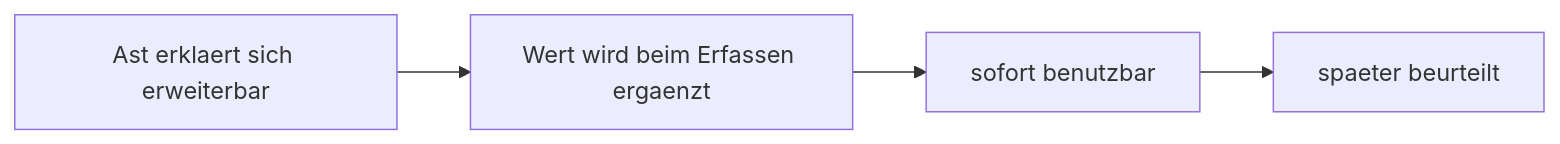
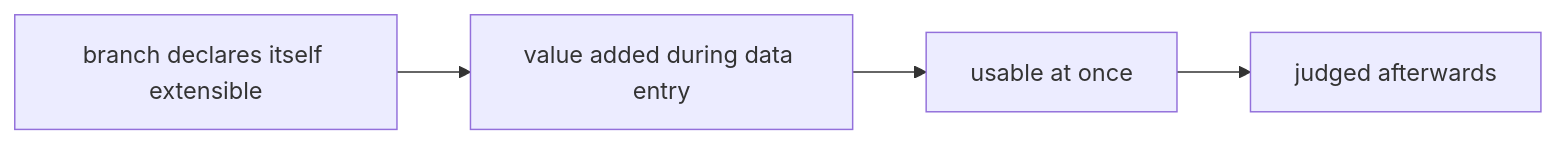
One commit to sfambach/wp-taxonomy-modeler changed diagram 41 of 50 in docs/NewConcept/10-domain-core.md. Above: the diagram before and after it, drawn with Mermaid. The commit also changed other lines of this file and 4 other files, not shown here.

First line of the commit message:
Diagramme auf Englisch, Sachnamen bleiben

````diff
--- a/docs/NewConcept/10-domain-core.md
+++ b/docs/NewConcept/10-domain-core.md
@@ -2928,6 +2928,6 @@
 ```mermaid
 flowchart LR
-  A["Ast erklaert sich erweiterbar"] --> B["Wert wird beim Erfassen ergaenzt"]
-  B --> C["sofort benutzbar"]
-  C --> D["spaeter beurteilt"]
+  A["branch declares itself extensible"] --> B["value added during data entry"]
+  B --> C["usable at once"]
+  C --> D["judged afterwards"]
 ```
````
